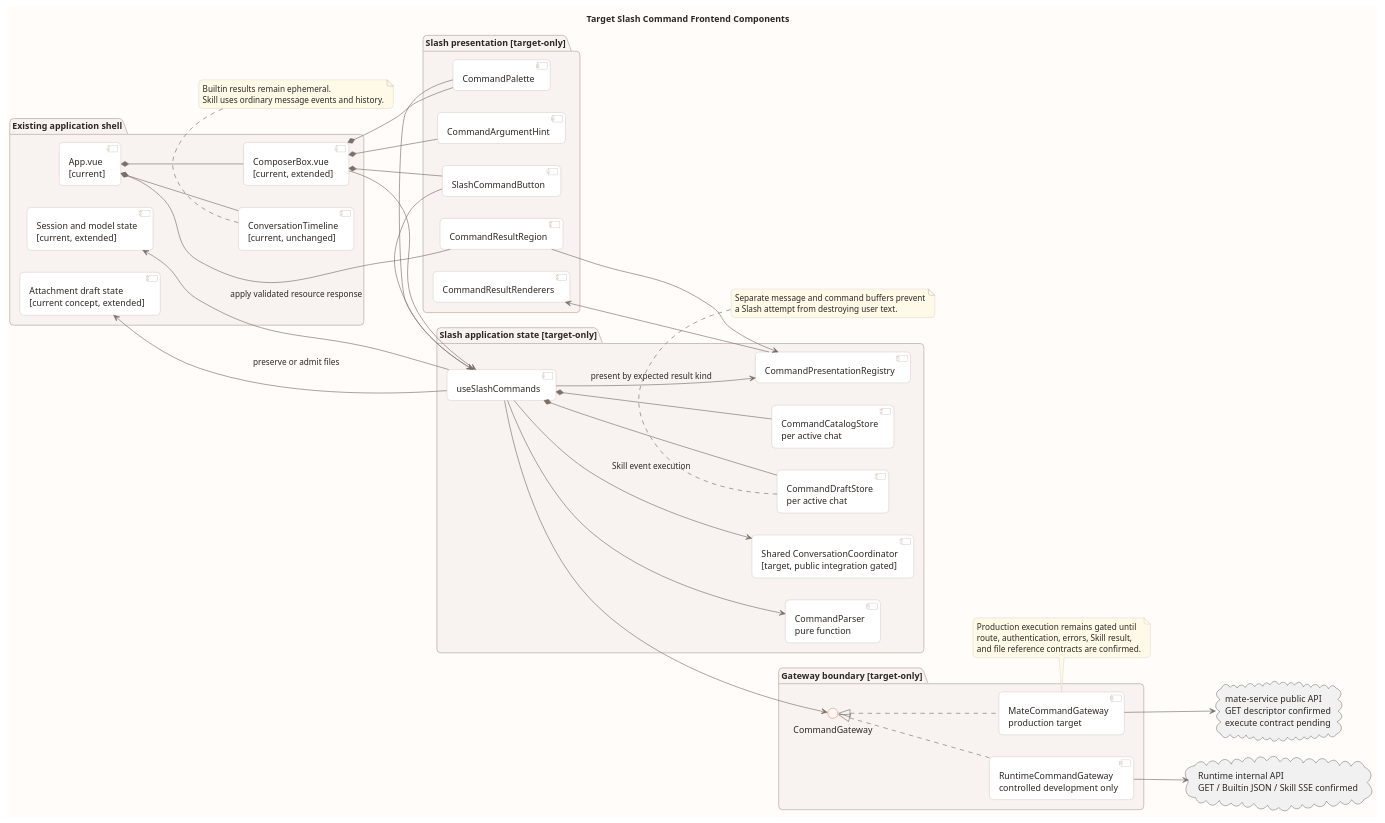
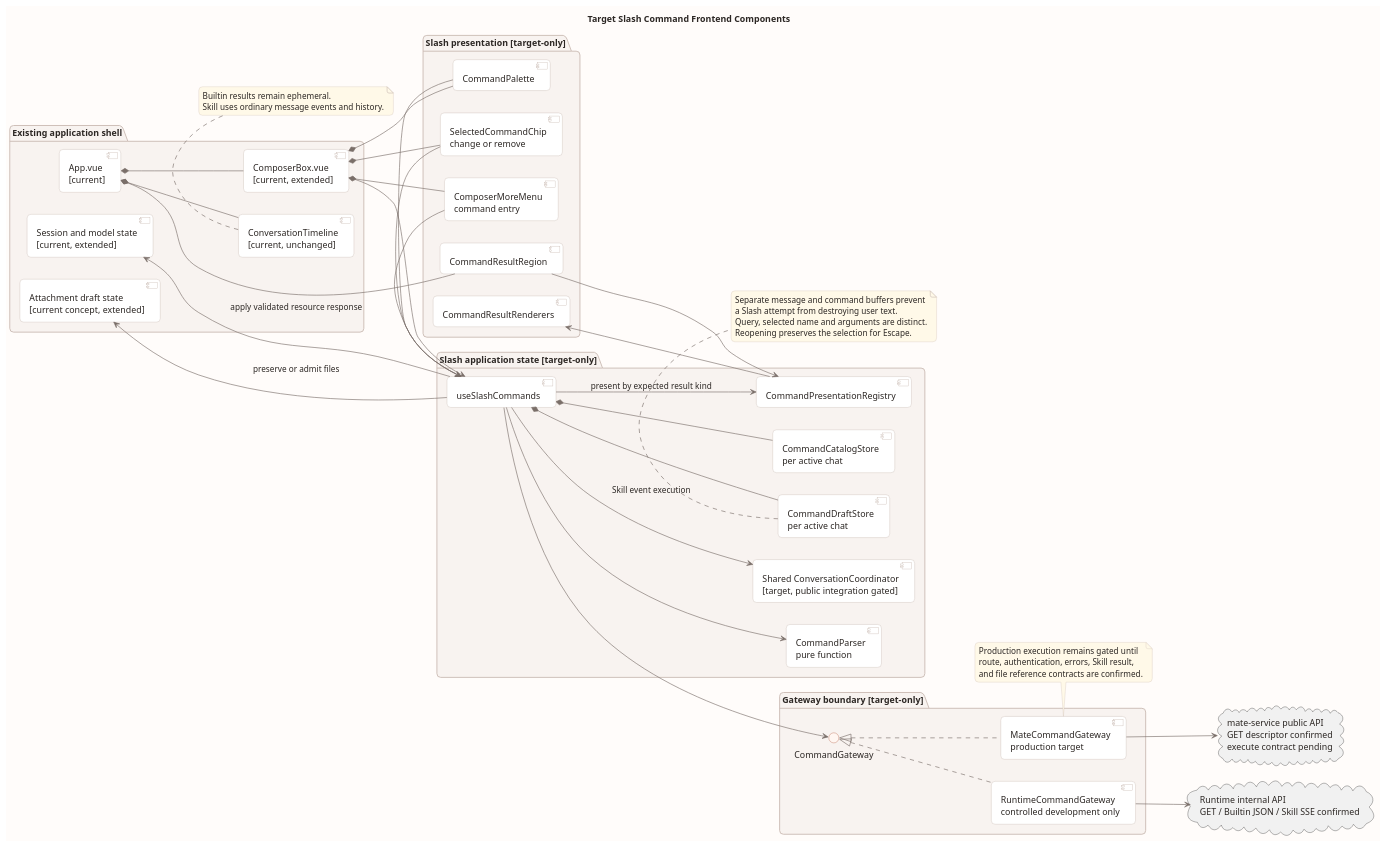
Before and after one commit to ssm0808/pi-mono-java-design: the first of 3 diagrams in 04-命令与技能/00-Slash-Command通用模块/前端设计/diagram.puml, drawn with PlantUML. The commit also changed other lines of this file and 7 other files, not shown here.

```diff
--- a/04-命令与技能/00-Slash-Command通用模块/前端设计/diagram.puml
+++ b/04-命令与技能/00-Slash-Command通用模块/前端设计/diagram.puml
@@ -1,105 +1,113 @@
 @startuml target_slash_command_frontend_components
 title Target Slash Command Frontend Components
 
 ' Source baseline: pi-mono-java@6f52fddc87a03c20916fc7b6ef1de87f6a7a8cf5
 ' Source evidence: frontend/src/App.vue, setup and submit
 ' Source evidence: frontend/src/components/ComposerBox.vue, handleKeydown and template
 ' Source evidence: frontend/src/composables/useRuntimeApi.ts, sendMessage and requestRaw
 ' Source evidence: frontend/src/types/product.ts and frontend/src/types/runtime.ts
 ' Contract evidence: executeSessionCommand response variants at design baseline 88f4df16
 ' Contract update: design 2ee2a321 B13 confirms internal Skill SSE; Builtin JSON is unchanged.
 ' Public mapping remains gated; Skill shares the target conversation coordinator.
-' Observed behavior: the current debug workbench has one message draft and no command gateway, catalog, parser, or command result projection.
-' Target-only design: every element marked target is proposed and is not implemented at the source baseline.
+' Historical behavior: the 6f52fddc workbench had no command support.
+' UI update baseline: pi-mono-java@4cc8dd86f601417c22cf9306e52152acbb59bb60
+' Source evidence: frontend/src/components/ComposerBox.vue, enter, choose, leave, onKeydown, template
+' Source evidence: frontend/src/runtime/commands.ts, parseCommand, filterCommands, freezeInvocation
+' Observed behavior: commands exist inside Composer; rows show slash, kind and hint; selected input edits raw command text.
+' Target-only design: standalone component boundaries and chip presentation below are proposed, not existing classes.
+' Product constraint: More menu, plain command rows and removable selection reduce repeated UI text.
 ' Design reason: keep discovery, immutable invocation decoding, ephemeral results, and ordinary chat history as separate responsibilities.
 
 skinparam backgroundColor #FFFCFA
 skinparam shadowing false
 skinparam roundcorner 12
 skinparam defaultFontName Arial
 skinparam defaultFontColor #2C2724
 skinparam ArrowColor #7A6F69
 skinparam packageBorderColor #CDBEB6
 skinparam packageBackgroundColor #F8F3F0
 skinparam componentBorderColor #BFAEA5
 skinparam componentBackgroundColor #FFFFFF
 skinparam interfaceBorderColor #A9472B
 skinparam interfaceBackgroundColor #FFF6F1
 skinparam noteBorderColor #CDBEB6
 skinparam noteBackgroundColor #FFF9E8
 left to right direction
 
 package "Existing application shell" as ExistingPkg {
   component "App.vue\n[current]" as App
   component "ComposerBox.vue\n[current, extended]" as Composer
   component "ConversationTimeline\n[current, unchanged]" as Timeline
   component "Session and model state\n[current, extended]" as SessionState
   component "Attachment draft state\n[current concept, extended]" as AttachmentState
 }
 
 package "Slash presentation [target-only]" as PresentationPkg {
-  component "SlashCommandButton" as SlashButton
+  component "ComposerMoreMenu\ncommand entry" as MoreMenu
   component "CommandPalette" as Palette
-  component "CommandArgumentHint" as ArgumentHint
+  component "SelectedCommandChip\nchange or remove" as CommandChip
   component "CommandResultRegion" as ResultRegion
   component "CommandResultRenderers" as Renderers
 }
 
 package "Slash application state [target-only]" as StatePkg {
   component "useSlashCommands" as UseSlash
   component "CommandDraftStore\nper active chat" as DraftStore
   component "CommandCatalogStore\nper active chat" as CatalogStore
   component "CommandParser\npure function" as Parser
   component "CommandPresentationRegistry" as Registry
   component "Shared ConversationCoordinator\n[target, public integration gated]" as Conversation
 }
 
 package "Gateway boundary [target-only]" as GatewayPkg {
   interface "CommandGateway" as Gateway
   component "MateCommandGateway\nproduction target" as MateGateway
   component "RuntimeCommandGateway\ncontrolled development only" as RuntimeGateway
 }
 
 cloud "mate-service public API\nGET descriptor confirmed\nexecute contract pending" as MateApi
 cloud "Runtime internal API\nGET / Builtin JSON / Skill SSE confirmed" as RuntimeApi
 
 App *-- Composer
 App *-- Timeline
 App *-- ResultRegion
-Composer *-- SlashButton
+Composer *-- MoreMenu
 Composer *-- Palette
-Composer *-- ArgumentHint
+Composer *-- CommandChip
 Composer --> UseSlash
-SlashButton --> UseSlash
+MoreMenu --> UseSlash
+CommandChip --> UseSlash
 Palette --> UseSlash
 ResultRegion --> Registry
 UseSlash *-- DraftStore
 UseSlash *-- CatalogStore
 UseSlash --> Parser
 UseSlash --> Registry : present by expected result kind
 UseSlash --> Gateway
 UseSlash --> Conversation : Skill event execution
 UseSlash --> SessionState : apply validated resource response
 UseSlash --> AttachmentState : preserve or admit files
 Registry --> Renderers
 Gateway <|.. MateGateway
 Gateway <|.. RuntimeGateway
 MateGateway --> MateApi
 RuntimeGateway --> RuntimeApi
 
 note bottom of Timeline
   Builtin results remain ephemeral.
   Skill uses ordinary message events and history.
 end note
 
 note bottom of MateGateway
   Production execution remains gated until
   route, authentication, errors, Skill result,
   and file reference contracts are confirmed.
 end note
 
 note bottom of DraftStore
   Separate message and command buffers prevent
   a Slash attempt from destroying user text.
+  Query, selected name and arguments are distinct.
+  Reopening preserves the selection for Escape.
 end note
 @enduml
```
